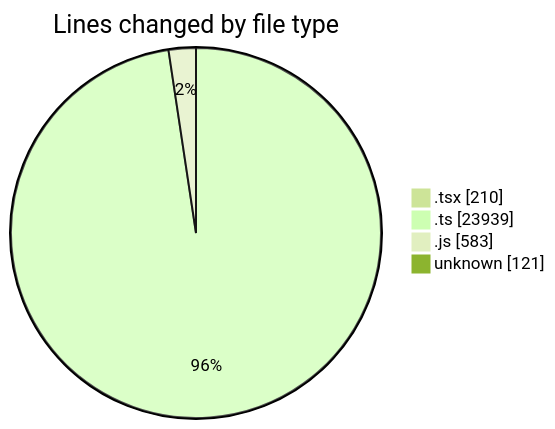
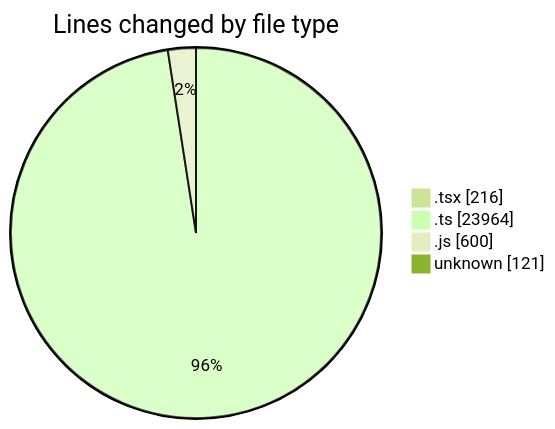
One commit to momahboobian/code-tracking changed the first of 2 diagrams in 2026-06-01/cda/README.md. Above: the diagram before and after it, drawn with Mermaid (forest theme). The commit also changed other lines of this file and 1 other file, not shown here.

````diff
--- a/2026-06-01/cda/README.md
+++ b/2026-06-01/cda/README.md
@@ -44,8 +44,8 @@
 ```mermaid
 pie showData
 title Lines changed by file type
-".tsx" : 210
-".ts" : 23939
-".js" : 583
+".tsx" : 216
+".ts" : 23964
+".js" : 600
 "unknown" : 121
 ```
````
